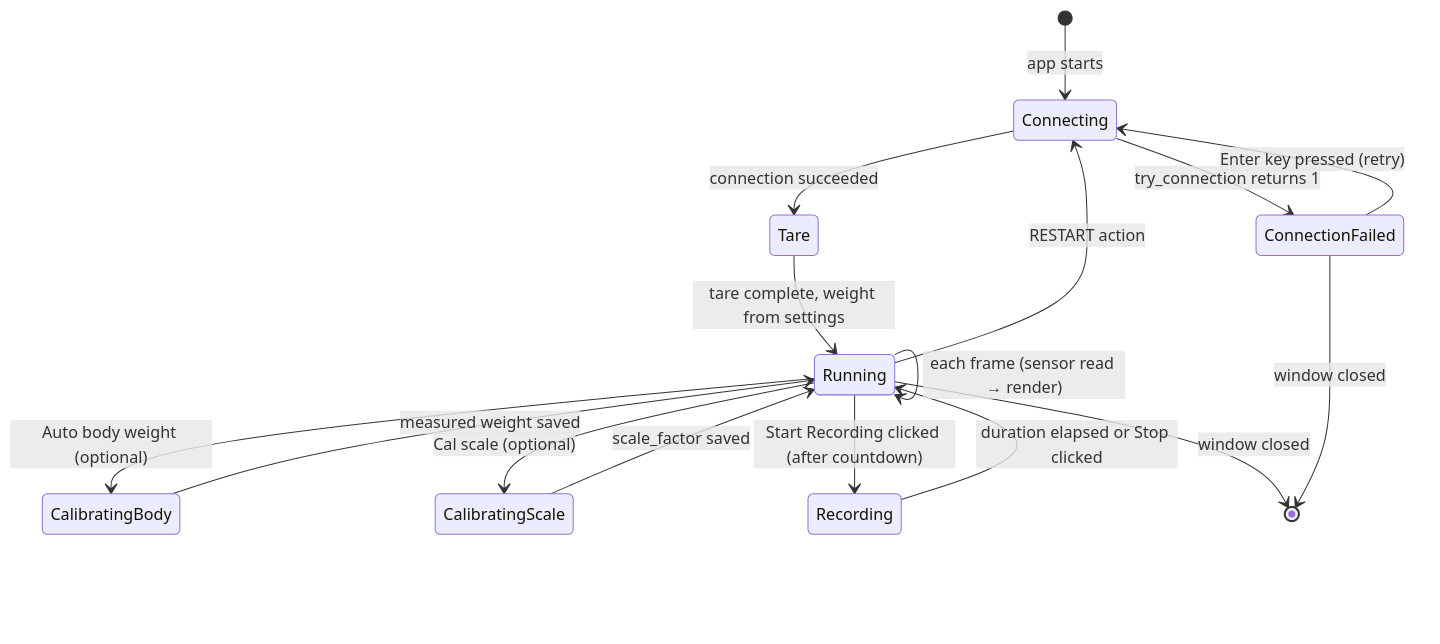
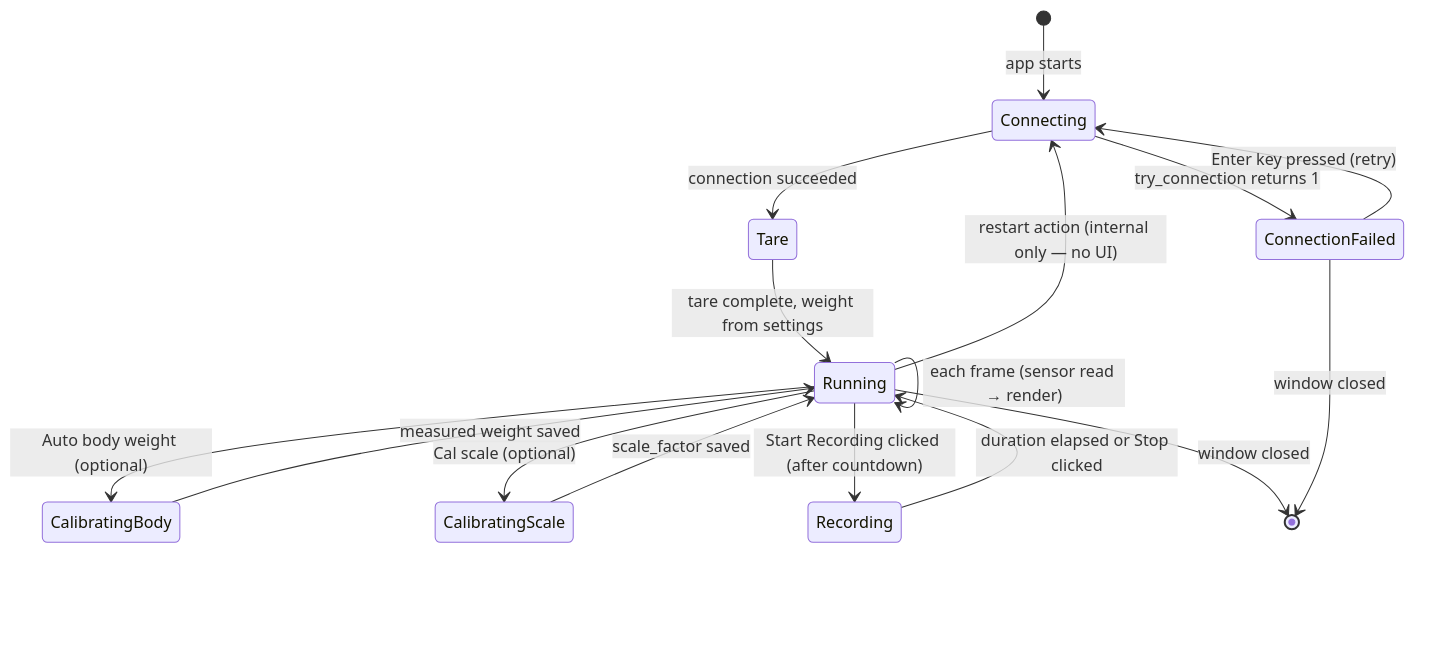
The seventh of 7 diagrams in docs/dev/architecture.md (NeuroRehack/WIIBBLE), drawn with Mermaid before and after one commit. The commit also changed other lines of this file and 9 other files, not shown here.

````diff
--- a/docs/dev/architecture.md
+++ b/docs/dev/architecture.md
@@ -202,23 +326,23 @@
 ```mermaid
 stateDiagram-v2
     [*] --> Connecting : app starts
 
     Connecting --> ConnectionFailed : try_connection returns 1
     ConnectionFailed --> Connecting : Enter key pressed (retry)
 
     Connecting --> Tare : connection succeeded
     Tare --> Running : tare complete, weight from settings
 
     Running --> Running : each frame (sensor read → render)
     Running --> CalibratingBody : Auto body weight (optional)
     CalibratingBody --> Running : measured weight saved
     Running --> CalibratingScale : Cal scale (optional)
     CalibratingScale --> Running : scale_factor saved
     Running --> Recording : Start Recording clicked (after countdown)
     Recording --> Running : duration elapsed or Stop clicked
 
-    Running --> Connecting : RESTART action
+    Running --> Connecting : restart action (internal only — no UI)
     Running --> [*] : window closed
 
     ConnectionFailed --> [*] : window closed
 ```
````
